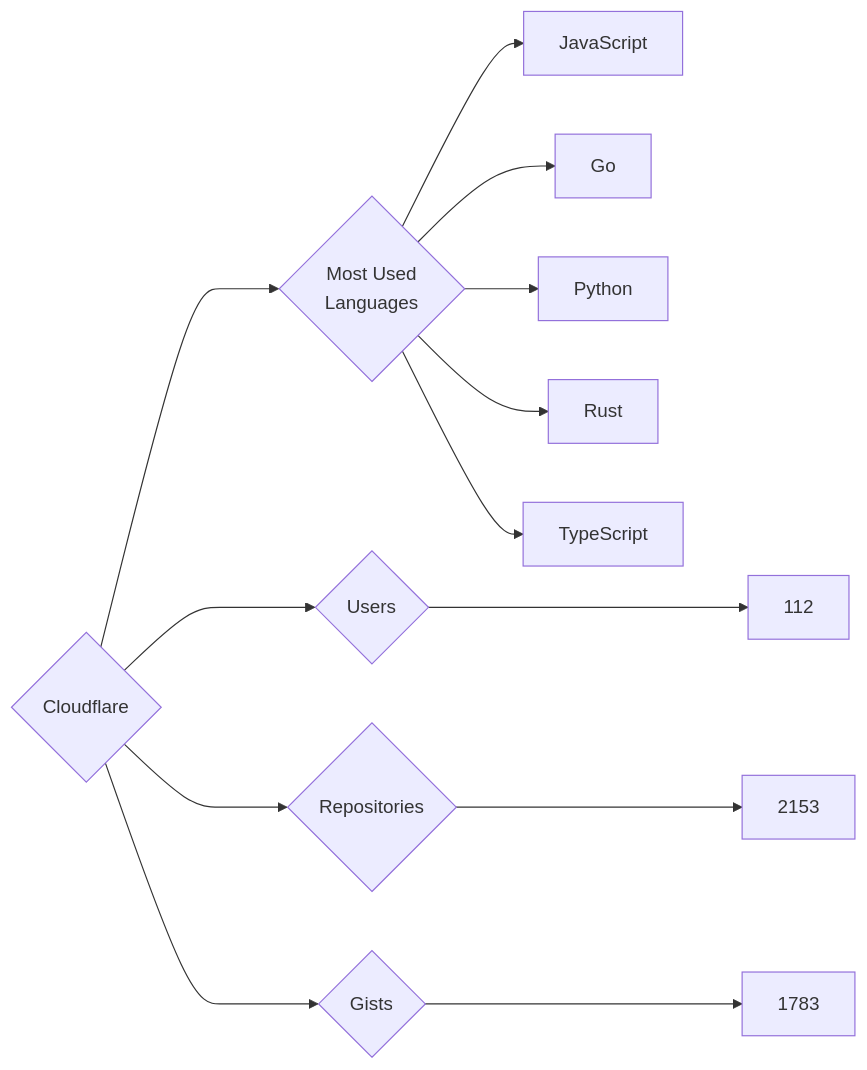
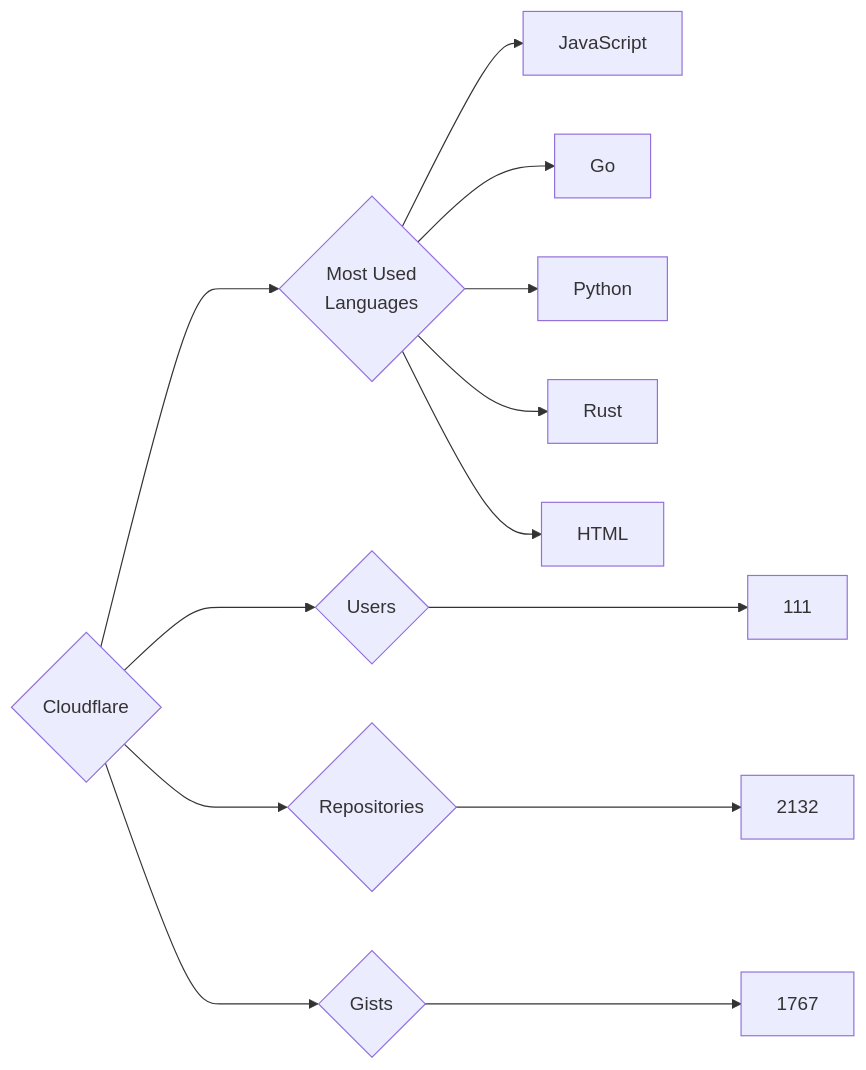
One commit to trickest/insiders changed the diagram in targets/Cloudflare/README.md. Above: the diagram before and after it, drawn with Mermaid. The commit also changed 633 other files, not shown here.

````diff
--- a/targets/Cloudflare/README.md
+++ b/targets/Cloudflare/README.md
@@ -3,13 +3,13 @@
 ```mermaid
 graph LR
 COMPANY_NAME{Cloudflare}
-COMPANY_NAME ---> U{Users} ---> UN[112]
-COMPANY_NAME ---> R{Repositories} ---> RN[2153]
-COMPANY_NAME ---> G{Gists} ---> GN[1783]
+COMPANY_NAME ---> U{Users} ---> UN[111]
+COMPANY_NAME ---> R{Repositories} ---> RN[2132]
+COMPANY_NAME ---> G{Gists} ---> GN[1767]
 COMPANY_NAME ---> ML{Most Used<br>Languages}
 ML --> JavaScript[JavaScript]
 ML --> Go[Go]
 ML --> Python[Python]
 ML --> Rust[Rust]
-ML --> TypeScript[TypeScript]
+ML --> HTML[HTML]
 ```
````
